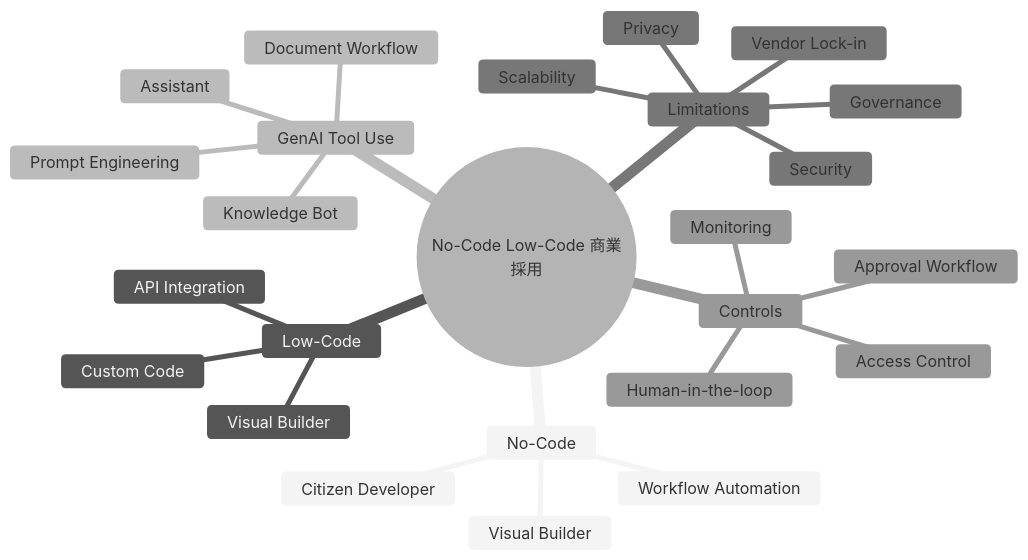
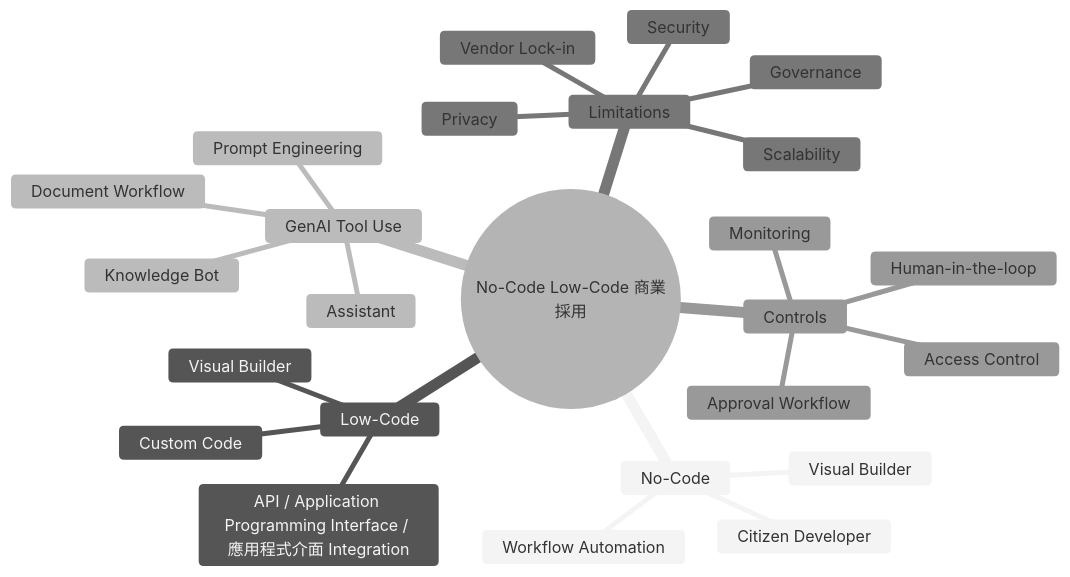
The tenth of 10 diagrams in content/ipas/ipas-ai-mindmap.md (douglas168/levelcert), drawn with Mermaid (neutral theme) before and after one commit. The commit also changed other lines of this file and 127 other files, not shown here.

````diff
--- a/content/ipas/ipas-ai-mindmap.md
+++ b/content/ipas/ipas-ai-mindmap.md
@@ -475,28 +475,28 @@
 ```mermaid
 mindmap
   root((No-Code Low-Code 商業採用))
     No-Code
       Visual Builder
       Citizen Developer
       Workflow Automation
     Low-Code
       Visual Builder
       Custom Code
-      API Integration
+      API / Application Programming Interface / 應用程式介面 Integration
     GenAI Tool Use
       Prompt Engineering
       Assistant
       Knowledge Bot
       Document Workflow
     Limitations
       Vendor Lock-in
       Security
       Privacy
       Scalability
       Governance
     Controls
       Human-in-the-loop
       Access Control
       Approval Workflow
       Monitoring
 ```
````
